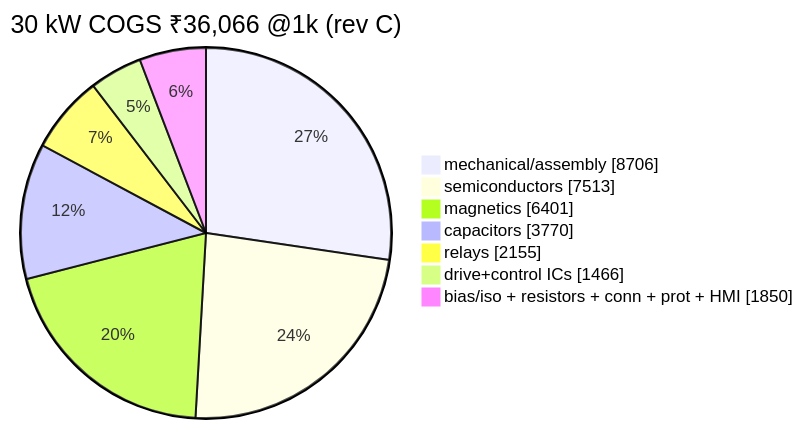
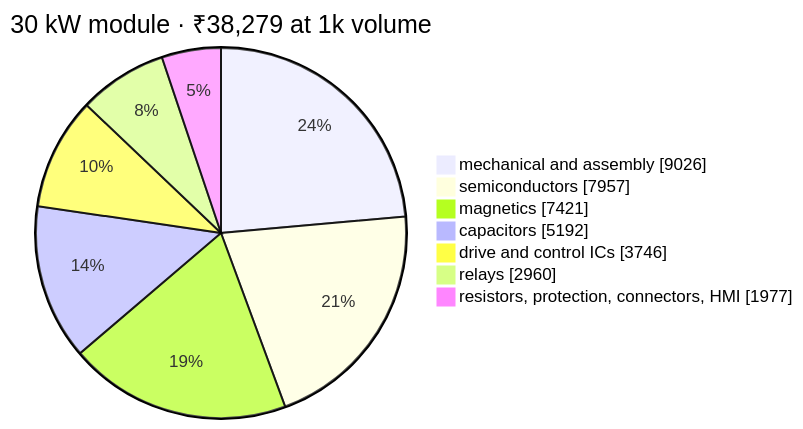
The second of 2 diagrams in docs/bom-guide.md (vectivolt/DC-Modules), drawn with Mermaid before and after one commit. The commit also changed other lines of this file and 98 other files, not shown here.

````diff
--- a/docs/bom-guide.md
+++ b/docs/bom-guide.md
@@ -25,10 +43,10 @@
 ```mermaid
-pie showData title 30 kW COGS ₹36,066 @1k (rev C)
-  "mechanical/assembly" : 8706
-  "semiconductors" : 7513
-  "magnetics" : 6401
-  "capacitors" : 3770
-  "relays" : 2155
-  "drive+control ICs" : 1466
-  "bias/iso + resistors + conn + prot + HMI" : 1850
+pie showData title 30 kW module · ₹38,279 at 1k volume
+  "mechanical and assembly" : 9026
+  "semiconductors" : 7957
+  "magnetics" : 7421
+  "capacitors" : 5192
+  "drive and control ICs" : 3746
+  "relays" : 2960
+  "resistors, protection, connectors, HMI" : 1977
 ```
````
